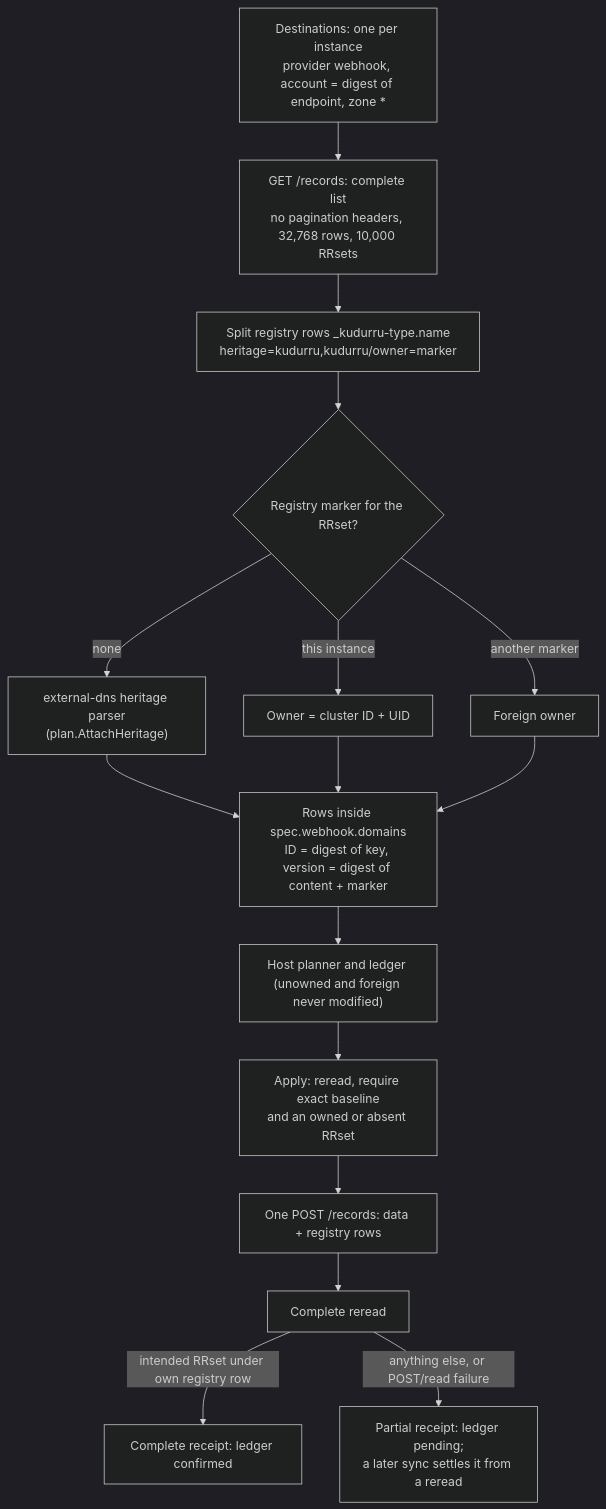
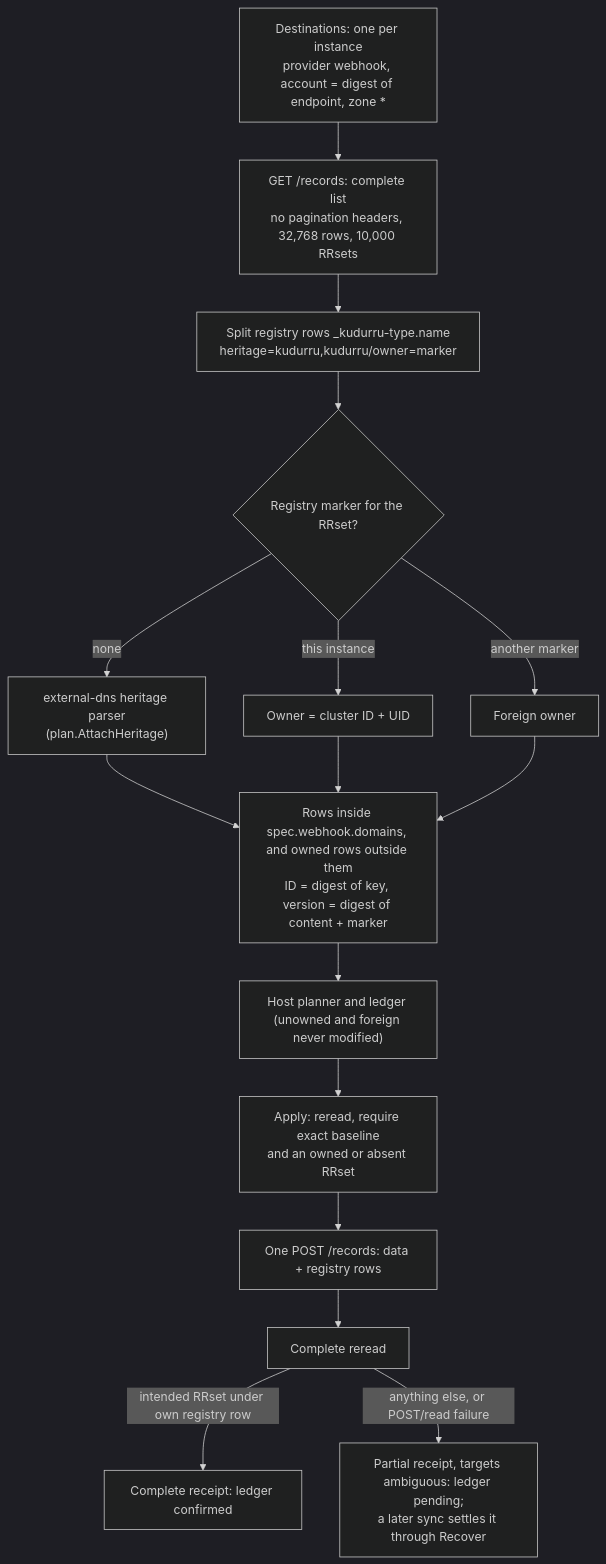
Before and after one commit to robertherbaugh/kudurru: the tenth of 12 diagrams in docs/architecture/integrations.md, drawn with Mermaid (dark theme). The commit also changed other lines of this file and 1 other file, not shown here.

First line of the commit message:
docs(integrations): describe narrowed domains and pending webhook posts

````diff
--- a/docs/architecture/integrations.md
+++ b/docs/architecture/integrations.md
@@ -862,18 +862,18 @@
 ```mermaid
 flowchart TD
     Dest["Destinations: one per instance<br/>provider webhook, account = digest of endpoint, zone *"] --> List["GET /records: complete list<br/>no pagination headers, 32,768 rows, 10,000 RRsets"]
     List --> Split["Split registry rows _kudurru-type.name<br/>heritage=kudurru,kudurru/owner=marker"]
     Split --> Own{"Registry marker for the RRset?"}
     Own -- "this instance" --> Mine["Owner = cluster ID + UID"]
     Own -- "another marker" --> Foreign["Foreign owner"]
     Own -- none --> Heritage["external-dns heritage parser<br/>(plan.AttachHeritage)"]
-    Heritage --> Rows["Rows inside spec.webhook.domains<br/>ID = digest of key, version = digest of content + marker"]
+    Heritage --> Rows["Rows inside spec.webhook.domains, and owned rows outside them<br/>ID = digest of key, version = digest of content + marker"]
     Mine --> Rows
     Foreign --> Rows
     Rows --> Planner["Host planner and ledger (unowned and foreign never modified)"]
     Planner --> Apply["Apply: reread, require exact baseline<br/>and an owned or absent RRset"]
     Apply --> Post["One POST /records: data + registry rows"]
     Post --> Verify["Complete reread"]
     Verify -- "intended RRset under own registry row" --> Complete["Complete receipt: ledger confirmed"]
-    Verify -- "anything else, or POST/read failure" --> Partial["Partial receipt: ledger pending;<br/>a later sync settles it from a reread"]
+    Verify -- "anything else, or POST/read failure" --> Partial["Partial receipt, targets ambiguous: ledger pending;<br/>a later sync settles it through Recover"]
 ```
````
